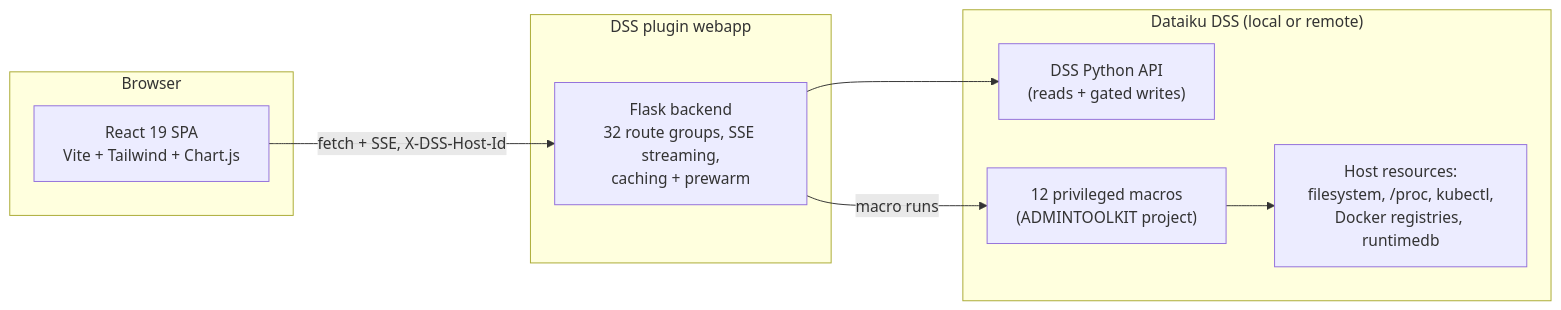
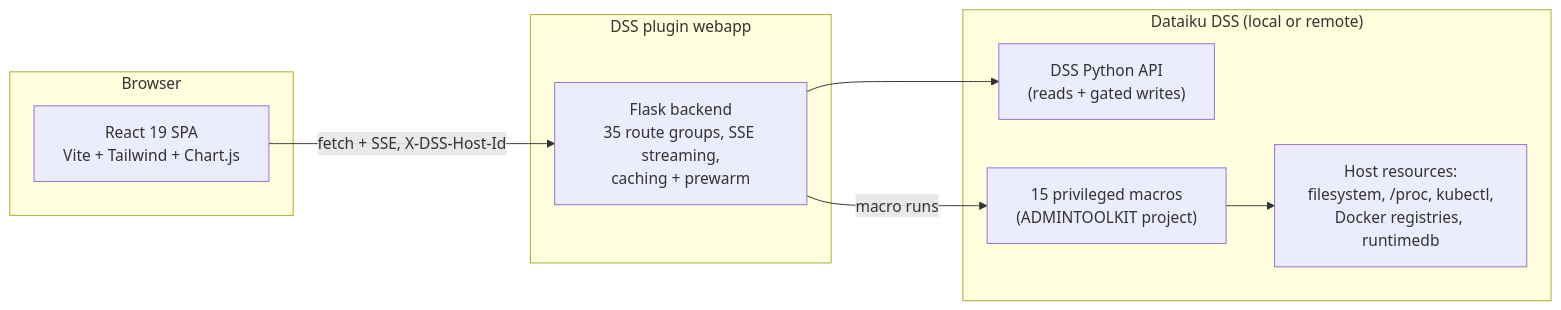
One commit to gozu/admin-toolkit changed the diagram in README.md. Above: the diagram before and after it, drawn with Mermaid. The commit also changed other lines of this file and 2 other files, not shown here.

````diff
--- a/README.md
+++ b/README.md
@@ -146,18 +147,18 @@
 ```mermaid
 flowchart LR
     subgraph Browser
         SPA["React 19 SPA<br/>Vite + Tailwind + Chart.js"]
     end
     subgraph Webapp["DSS plugin webapp"]
-        API["Flask backend<br/>32 route groups, SSE streaming,<br/>caching + prewarm"]
+        API["Flask backend<br/>35 route groups, SSE streaming,<br/>caching + prewarm"]
     end
     subgraph DSS["Dataiku DSS (local or remote)"]
         PYAPI["DSS Python API<br/>(reads + gated writes)"]
-        MACROS["12 privileged macros<br/>(ADMINTOOLKIT project)"]
+        MACROS["15 privileged macros<br/>(ADMINTOOLKIT project)"]
         HOST["Host resources:<br/>filesystem, /proc, kubectl,<br/>Docker registries, runtimedb"]
     end
     SPA -->|"fetch + SSE, X-DSS-Host-Id"| API
     API --> PYAPI
     API -->|macro runs| MACROS
     MACROS --> HOST
 ```
````
